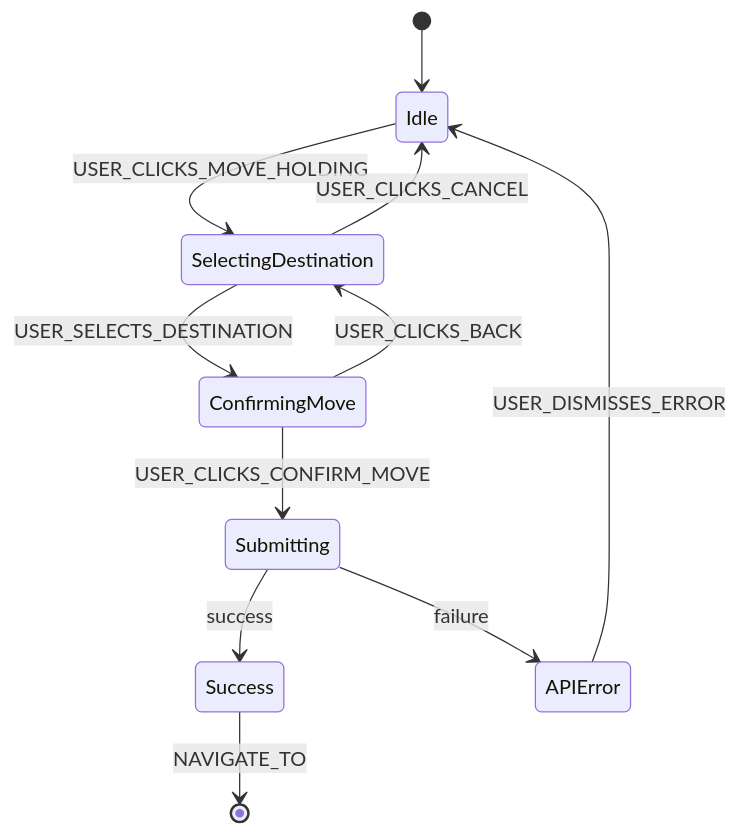
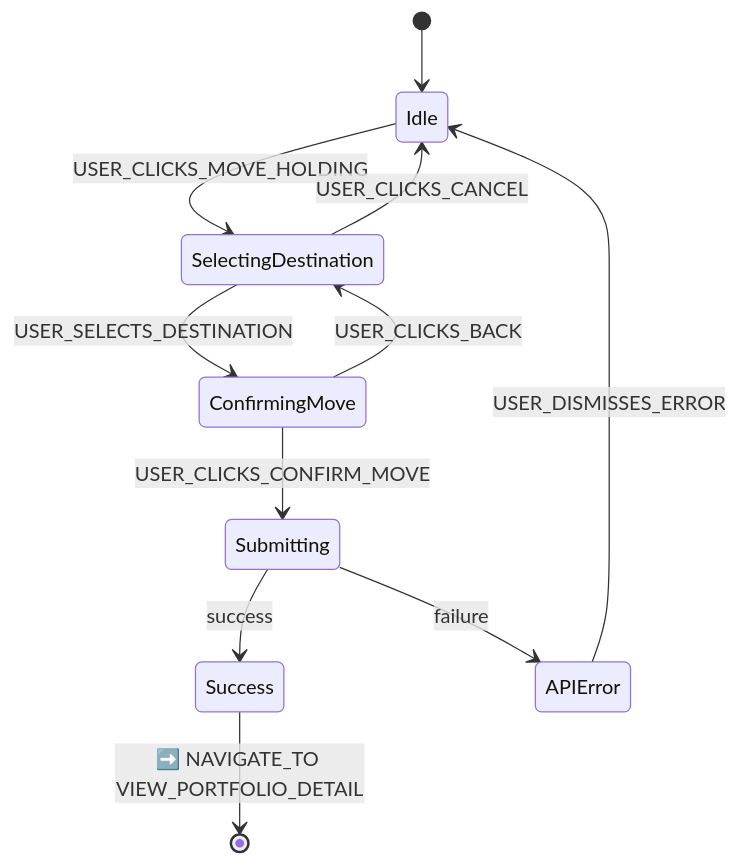
Diagram 12 of 16 in docs/ui_flow_diagrams.md (enzhao/Sentinel), drawn with Mermaid before and after one commit. The commit also changed other lines of this file and 4 other files, not shown here.

First line of the commit message:
docs(spec): clarify and rename UI flow definitions

````diff
--- a/docs/ui_flow_diagrams.md
+++ b/docs/ui_flow_diagrams.md
@@ -238,13 +254,14 @@
 ```mermaid
 stateDiagram-v2
+    state "Idle" as Idle
     [*] --> Idle
     Idle --> SelectingDestination : USER_CLICKS_MOVE_HOLDING
     SelectingDestination --> ConfirmingMove : USER_SELECTS_DESTINATION
     SelectingDestination --> Idle : USER_CLICKS_CANCEL
     ConfirmingMove --> Submitting : USER_CLICKS_CONFIRM_MOVE
     ConfirmingMove --> SelectingDestination : USER_CLICKS_BACK
     Submitting --> Success : success
     Submitting --> APIError : failure
-    Success --> [*] : NAVIGATE_TO
+    Success --> [*] : ➡️ NAVIGATE_TO VIEW_PORTFOLIO_DETAIL
     APIError --> Idle : USER_DISMISSES_ERROR
 ```
````
